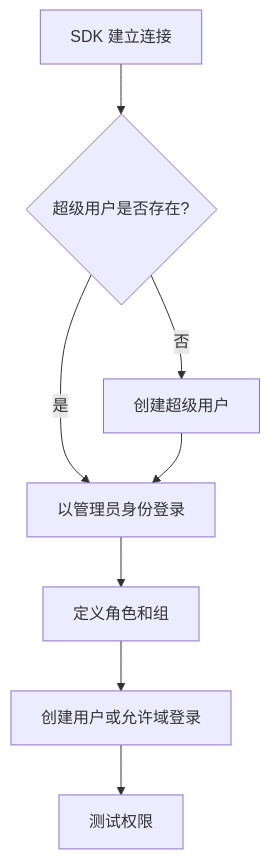
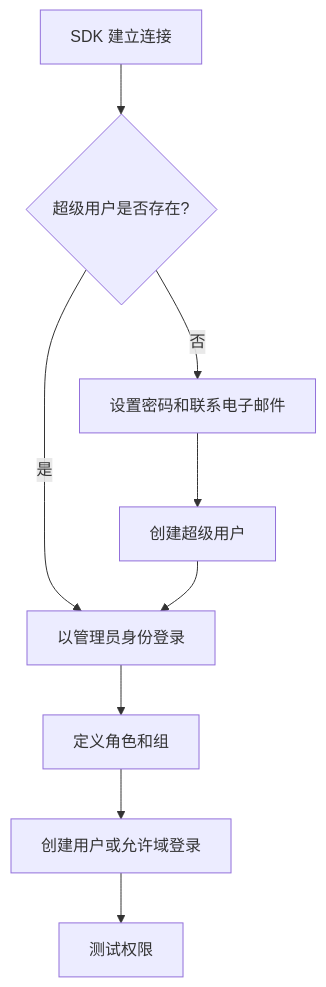
One commit to ImagingTools/Puma changed the seventh of 19 diagrams in Docs/Benutzerhandbuch/Benutzerhandbuch_ZH.md. Above: the diagram before and after it, drawn with Mermaid. The commit also changed other lines of this file and 1 other file, not shown here.

````diff
--- a/Docs/Benutzerhandbuch/Benutzerhandbuch_ZH.md
+++ b/Docs/Benutzerhandbuch/Benutzerhandbuch_ZH.md
@@ -151,10 +202,11 @@
 ```mermaid
 flowchart TD
     A[SDK 建立连接] --> B{超级用户是否存在?}
-    B -->|否| C[创建超级用户]
+    B -->|否| C[设置密码和联系电子邮件]
+    C --> H[创建超级用户]
     B -->|是| D[以管理员身份登录]
-    C --> D
+    H --> D
     D --> E[定义角色和组]
     E --> F[创建用户或允许域登录]
     F --> G[测试权限]
 ```
````
